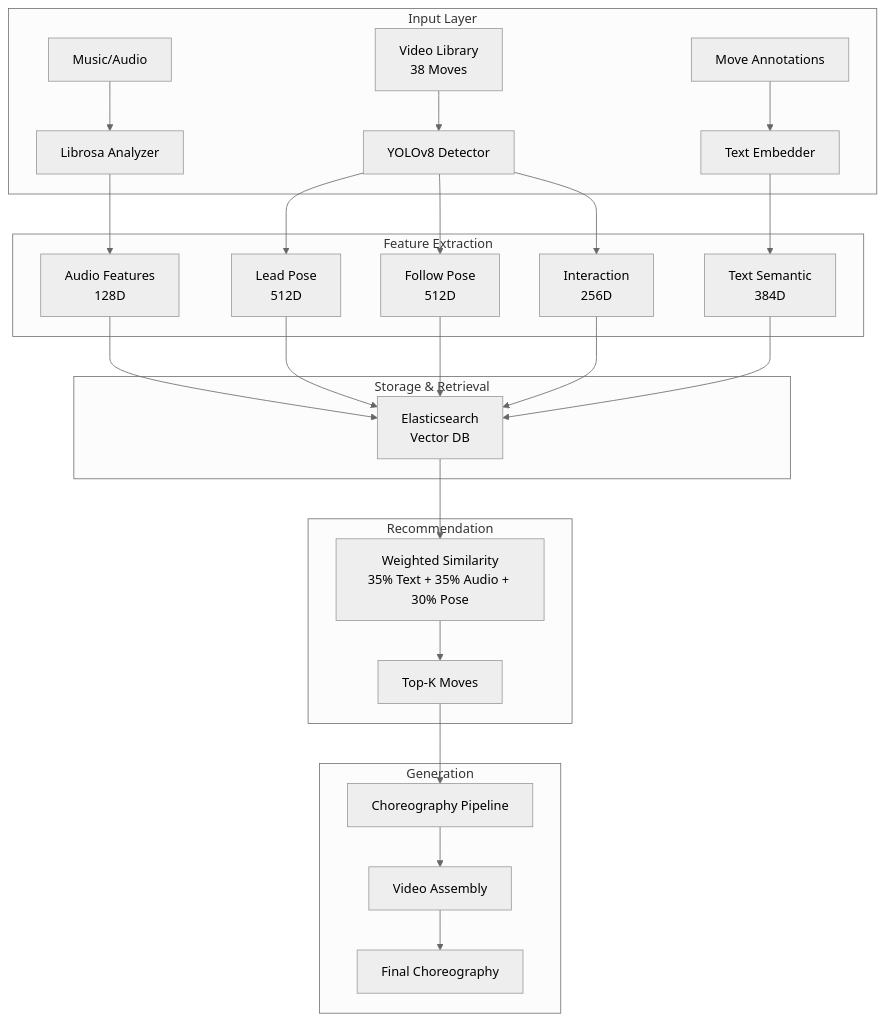
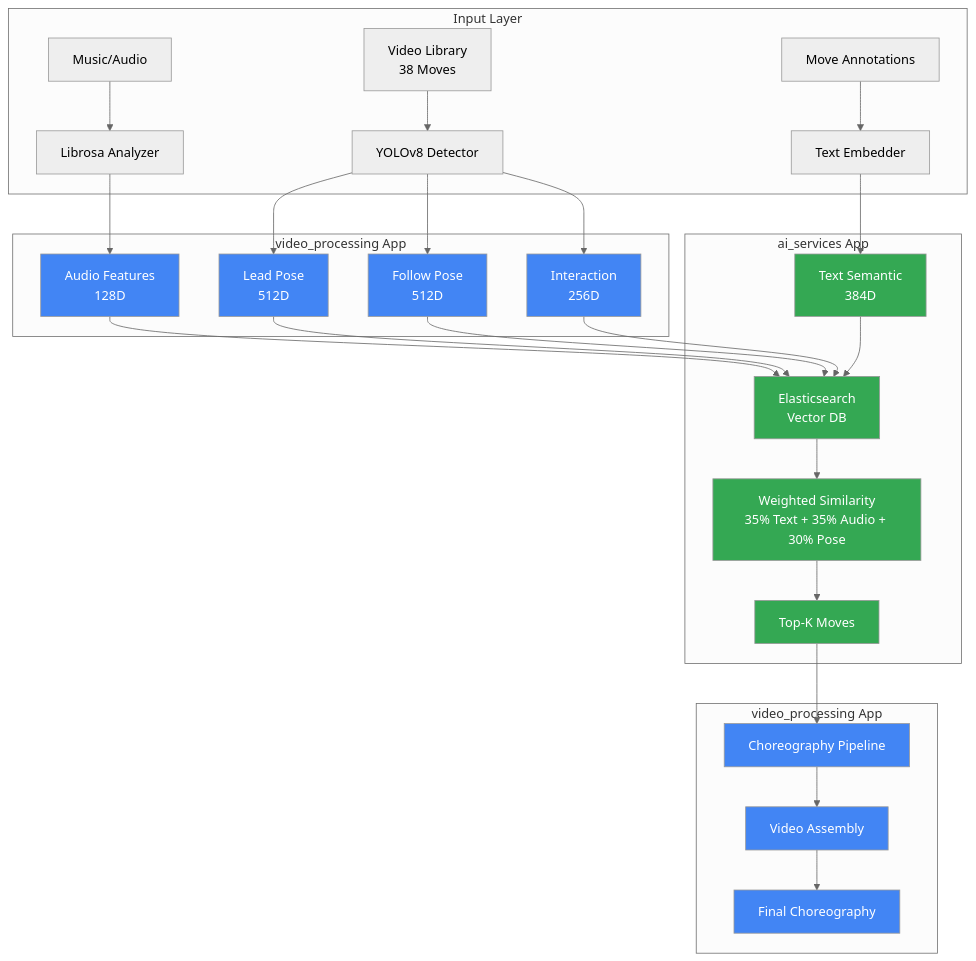
Before and after one commit to erickrex/bachata_buddy: the first of 2 diagrams in README.md, drawn with Mermaid (neutral theme). The commit also changed other lines of this file and 112 other files, not shown here.

````diff
--- a/README.md
+++ b/README.md
@@ -42,35 +42,44 @@
 ```mermaid
 graph TB
     subgraph "Input Layer"
         A[Music/Audio] --> B[Librosa Analyzer]
         V[Video Library<br/>38 Moves] --> C[YOLOv8 Detector]
         M[Move Annotations] --> D[Text Embedder]
     end
     
-    subgraph "Feature Extraction"
+    subgraph "video_processing App"
         B --> E[Audio Features<br/>128D]
         C --> F[Lead Pose<br/>512D]
         C --> G[Follow Pose<br/>512D]
         C --> H[Interaction<br/>256D]
-        D --> I[Text Semantic<br/>384D]
     end
     
-    subgraph "Storage & Retrieval"
+    subgraph "ai_services App"
+        D --> I[Text Semantic<br/>384D]
         E --> J[Elasticsearch<br/>Vector DB]
         F --> J
         G --> J
         H --> J
         I --> J
-    end
-    
-    subgraph "Recommendation"
         J --> K[Weighted Similarity<br/>35% Text + 35% Audio + 30% Pose]
         K --> L[Top-K Moves]
     end
     
-    subgraph "Generation"
+    subgraph "video_processing App"
         L --> N[Choreography Pipeline]
         N --> O[Video Assembly]
         O --> P[Final Choreography]
     end
+    
+    style E fill:#4285f4,color:#fff
+    style F fill:#4285f4,color:#fff
+    style G fill:#4285f4,color:#fff
+    style H fill:#4285f4,color:#fff
+    style I fill:#34a853,color:#fff
+    style J fill:#34a853,color:#fff
+    style K fill:#34a853,color:#fff
+    style L fill:#34a853,color:#fff
+    style N fill:#4285f4,color:#fff
+    style O fill:#4285f4,color:#fff
+    style P fill:#4285f4,color:#fff
 ```
````
